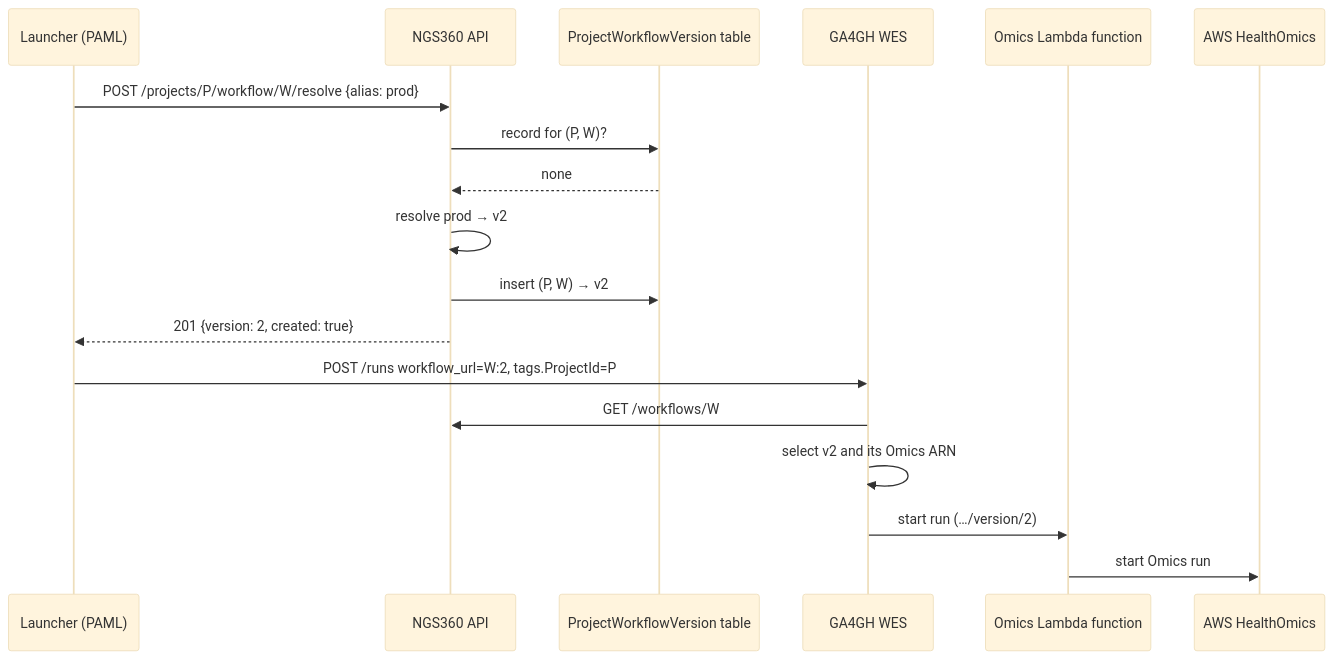
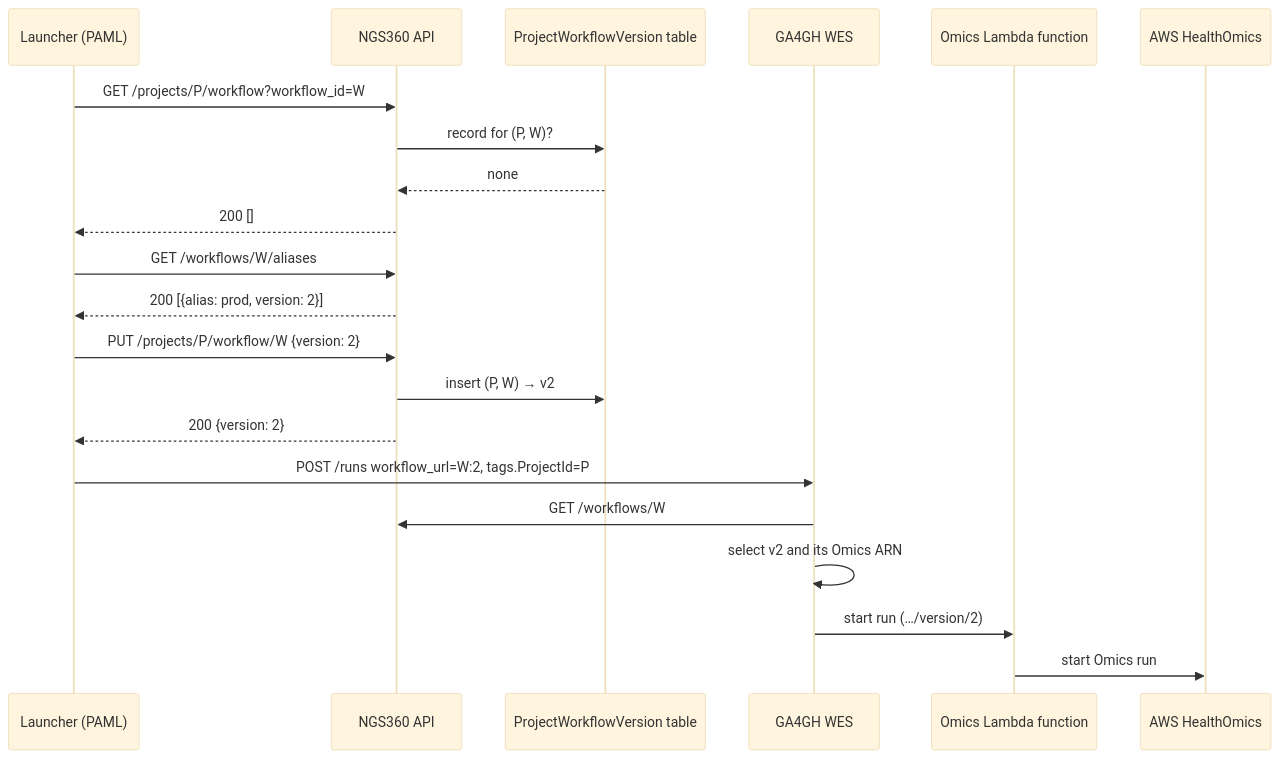
One commit to NGS360/APIServer changed the fifth of 9 diagrams in docs/WORKFLOWS_AND_PIPELINES.md. Above: the diagram before and after it, drawn with Mermaid (base theme). The commit also changed other lines of this file and 4 other files, not shown here.

````diff
--- a/docs/WORKFLOWS_AND_PIPELINES.md
+++ b/docs/WORKFLOWS_AND_PIPELINES.md
@@ -149,21 +151,24 @@
 ```mermaid
 sequenceDiagram
     participant L as Launcher (PAML)
     participant API as NGS360 API
     participant DB as ProjectWorkflowVersion table
     participant WES as GA4GH WES
     participant O as Omics Lambda function
     participant OM as AWS HealthOmics
 
-    L->>API: POST /projects/P/workflow/W/resolve {alias: prod}
+    L->>API: GET /projects/P/workflow?workflow_id=W
     API->>DB: record for (P, W)?
     DB-->>API: none
-    API->>API: resolve prod → v2
+    API-->>L: 200 []
+    L->>API: GET /workflows/W/aliases
+    API-->>L: 200 [{alias: prod, version: 2}]
+    L->>API: PUT /projects/P/workflow/W {version: 2}
     API->>DB: insert (P, W) → v2
-    API-->>L: 201 {version: 2, created: true}
+    API-->>L: 200 {version: 2}
     L->>WES: POST /runs workflow_url=W:2, tags.ProjectId=P
     WES->>API: GET /workflows/W
     WES->>WES: select v2 and its Omics ARN
     WES->>O: start run (…/version/2)
     O->>OM: start Omics run
 ```
````
